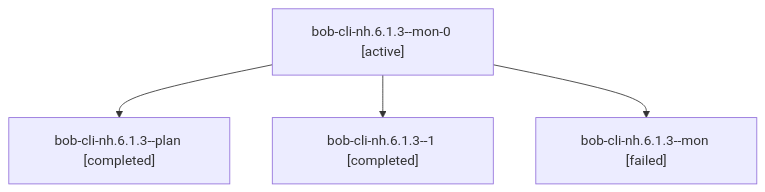
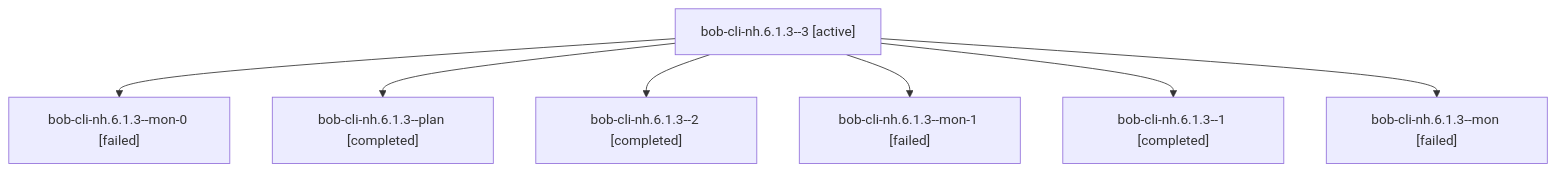
One commit to bobs-org/bob-cli--agents changed the diagram in sessions/bbugyi200.athena.bob-cli-nh.6.1.3.md. Above: the diagram before and after it, drawn with Mermaid. The commit also changed other lines of this file and 147 other files, not shown here.

````diff
--- a/sessions/bbugyi200.athena.bob-cli-nh.6.1.3.md
+++ b/sessions/bbugyi200.athena.bob-cli-nh.6.1.3.md
@@ -9,10 +9,16 @@
 ```mermaid
 flowchart TD
-  n0["bob-cli-nh.6.1.3--mon-0 [active]"]
-  n1["bob-cli-nh.6.1.3--plan [completed]"]
+  n0["bob-cli-nh.6.1.3--3 [active]"]
+  n1["bob-cli-nh.6.1.3--mon-0 [failed]"]
   n0 --> n1
-  n2["bob-cli-nh.6.1.3--1 [completed]"]
+  n2["bob-cli-nh.6.1.3--plan [completed]"]
   n0 --> n2
-  n3["bob-cli-nh.6.1.3--mon [failed]"]
+  n3["bob-cli-nh.6.1.3--2 [completed]"]
   n0 --> n3
+  n4["bob-cli-nh.6.1.3--mon-1 [failed]"]
+  n0 --> n4
+  n5["bob-cli-nh.6.1.3--1 [completed]"]
+  n0 --> n5
+  n6["bob-cli-nh.6.1.3--mon [failed]"]
+  n0 --> n6
 ```
````
